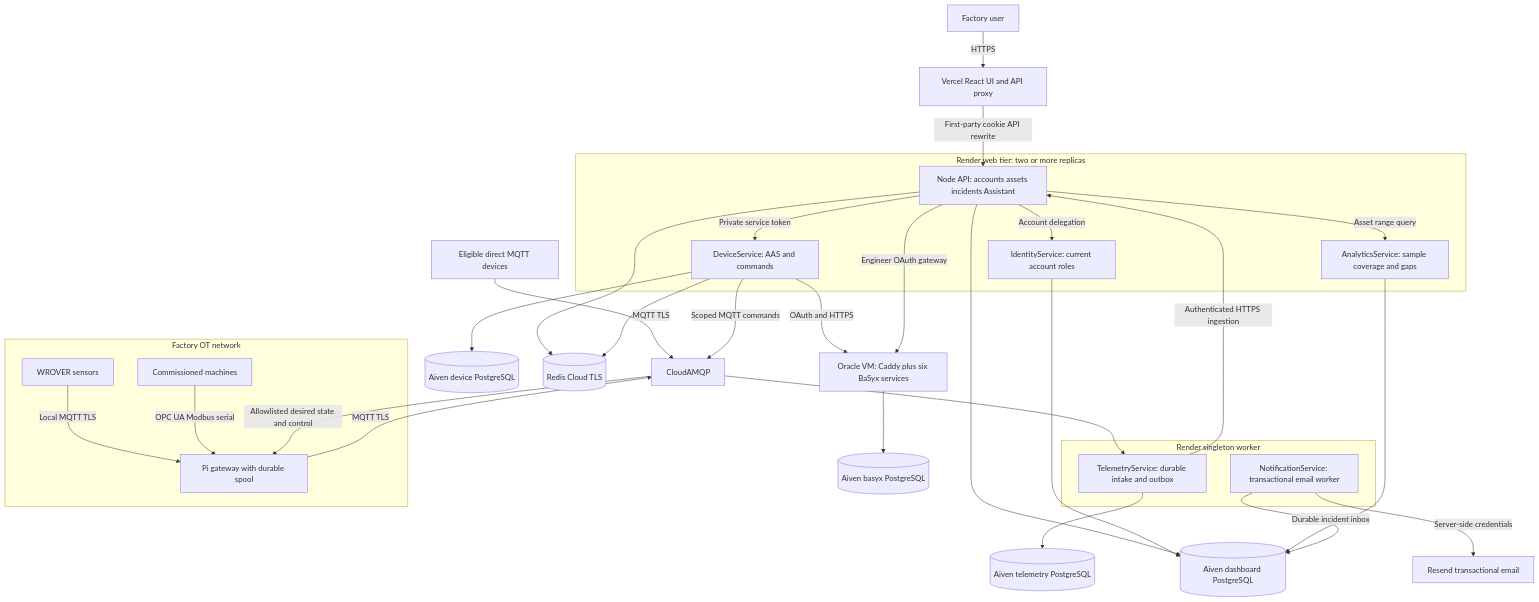
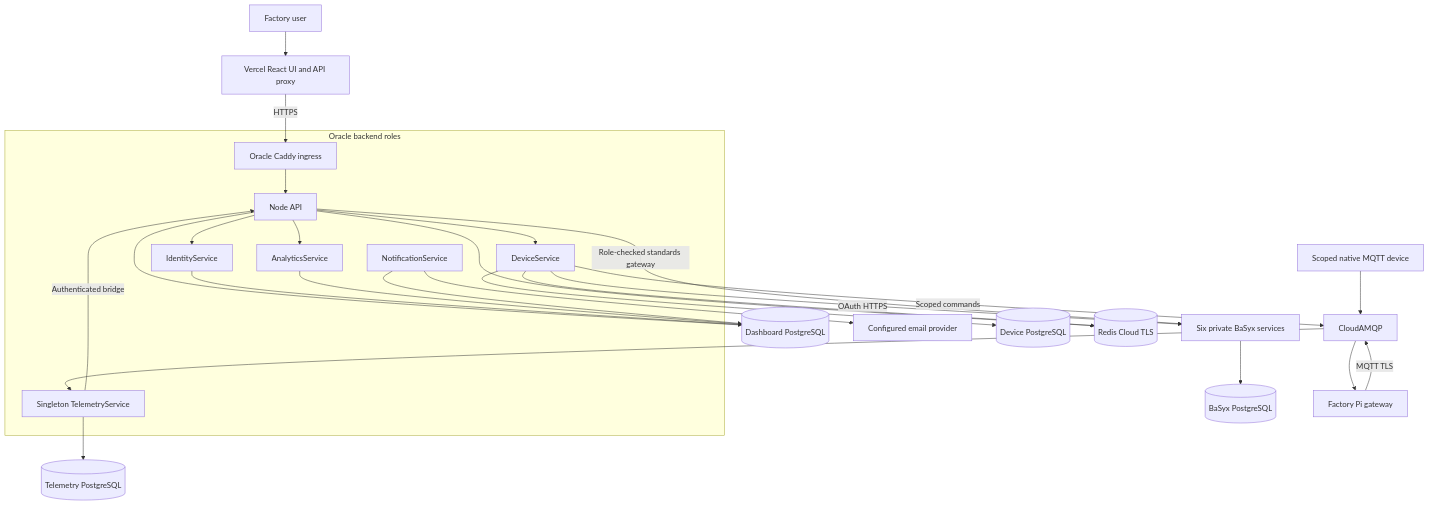
One commit to DruHustle/portfolio changed the diagram in client/public/docs/smartfactoryiot/architecture.md. Above: the diagram before and after it, drawn with Mermaid. The commit also changed other lines of this file and 78 other files, not shown here.

````diff
--- a/client/public/docs/smartfactoryiot/architecture.md
+++ b/client/public/docs/smartfactoryiot/architecture.md
@@ -17,40 +17,30 @@
 ```mermaid
 flowchart TB
-  Browser[Factory user] -->|HTTPS| Vercel[Vercel React UI and API proxy]
-  subgraph RenderWeb[Render web tier: two or more replicas]
-    API[Node API: accounts assets incidents Assistant]
-    Device[DeviceService: AAS and commands]
-    Identity[IdentityService: current account roles]
-    Analytics[AnalyticsService: sample coverage and gaps]
+  Browser[Factory user] --> Vercel[Vercel React UI and API proxy]
+  Vercel -->|HTTPS| Caddy[Oracle Caddy ingress]
+  subgraph Oracle[Oracle backend roles]
+    Caddy --> API[Node API]
+    API --> Device[DeviceService]
+    API --> Identity[IdentityService]
+    API --> Analytics[AnalyticsService]
+    Telemetry[Singleton TelemetryService] -->|Authenticated bridge| API
+    Notification[NotificationService]
   end
-  subgraph RenderWorker[Render singleton worker]
-    Telemetry[TelemetryService: durable intake and outbox]
-    Notification[NotificationService: transactional email worker]
-  end
-  API -->|Private service token| Device
-  API -->|Account delegation| Identity
-  API -->|Asset range query| Analytics
-  Telemetry -->|Authenticated HTTPS ingestion| API
-  Vercel -->|First-party cookie API rewrite| API
-  API --> AppDB[(Aiven dashboard PostgreSQL)]
+  API --> AppDB[(Dashboard PostgreSQL)]
   Identity --> AppDB
   Analytics --> AppDB
-  Notification -->|Durable incident inbox| AppDB
-  Notification -->|Server-side credentials| Mail[Resend transactional email]
-  Device --> DeviceDB[(Aiven device PostgreSQL)]
-  Telemetry --> TelemetryDB[(Aiven telemetry PostgreSQL)]
+  Notification --> AppDB
+  Notification --> Mail[Configured email provider]
+  Device --> DeviceDB[(Device PostgreSQL)]
+  Telemetry --> TelemetryDB[(Telemetry PostgreSQL)]
   API --> Redis[(Redis Cloud TLS)]
   Device --> Redis
-  Device -->|OAuth and HTTPS| AAS[Oracle VM: Caddy plus six BaSyx services]
-  API -->|Engineer OAuth gateway| AAS
-  AAS --> BaSyxDB[(Aiven basyx PostgreSQL)]
-  subgraph OT[Factory OT network]
-    Sensors[WROVER sensors] -->|Local MQTT TLS| Pi[Pi gateway with durable spool]
-    Machines[Commissioned machines] -->|OPC UA Modbus serial| Pi
-  end
-  Pi -->|MQTT TLS| Broker[CloudAMQP]
-  Direct[Eligible direct MQTT devices] -->|MQTT TLS| Broker
+  Device -->|OAuth HTTPS| AAS[Six private BaSyx services]
+  API -->|Role-checked standards gateway| AAS
+  AAS --> BaSyxDB[(BaSyx PostgreSQL)]
+  Pi[Factory Pi gateway] -->|MQTT TLS| Broker[CloudAMQP]
+  Direct[Scoped native MQTT device] --> Broker
   Broker --> Telemetry
-  Device -->|Scoped MQTT commands| Broker
-  Broker -->|Allowlisted desired state and control| Pi
+  Device -->|Scoped commands| Broker
+  Broker --> Pi
 ```
````
